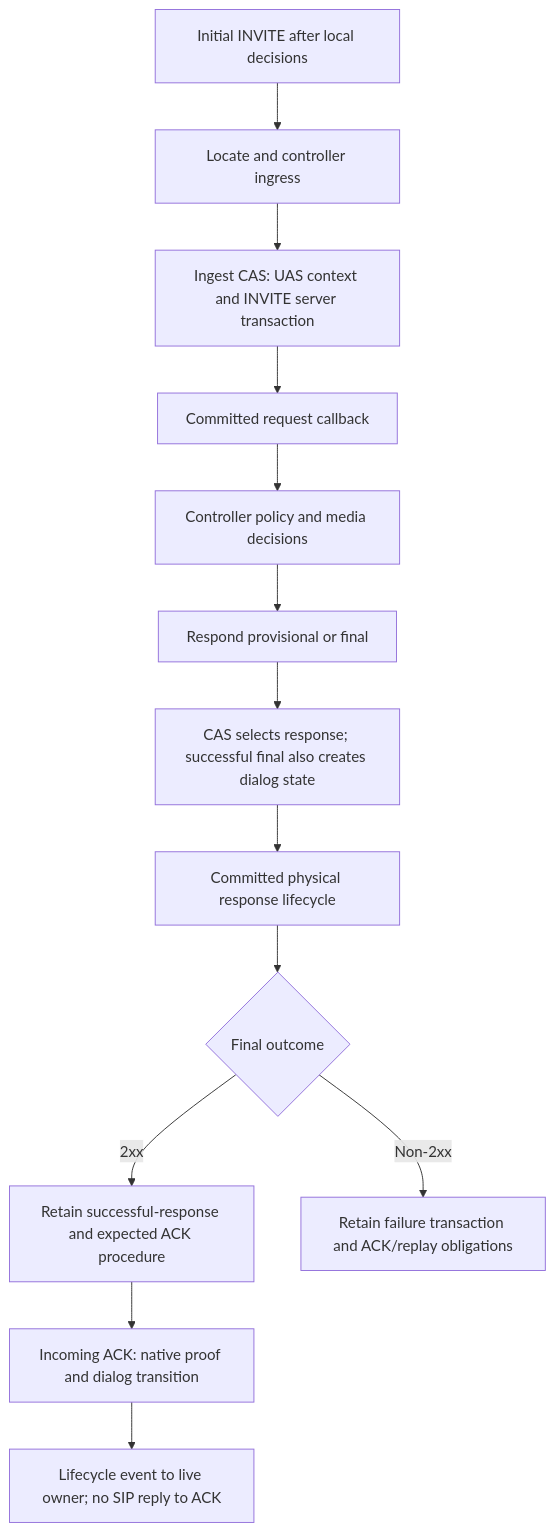
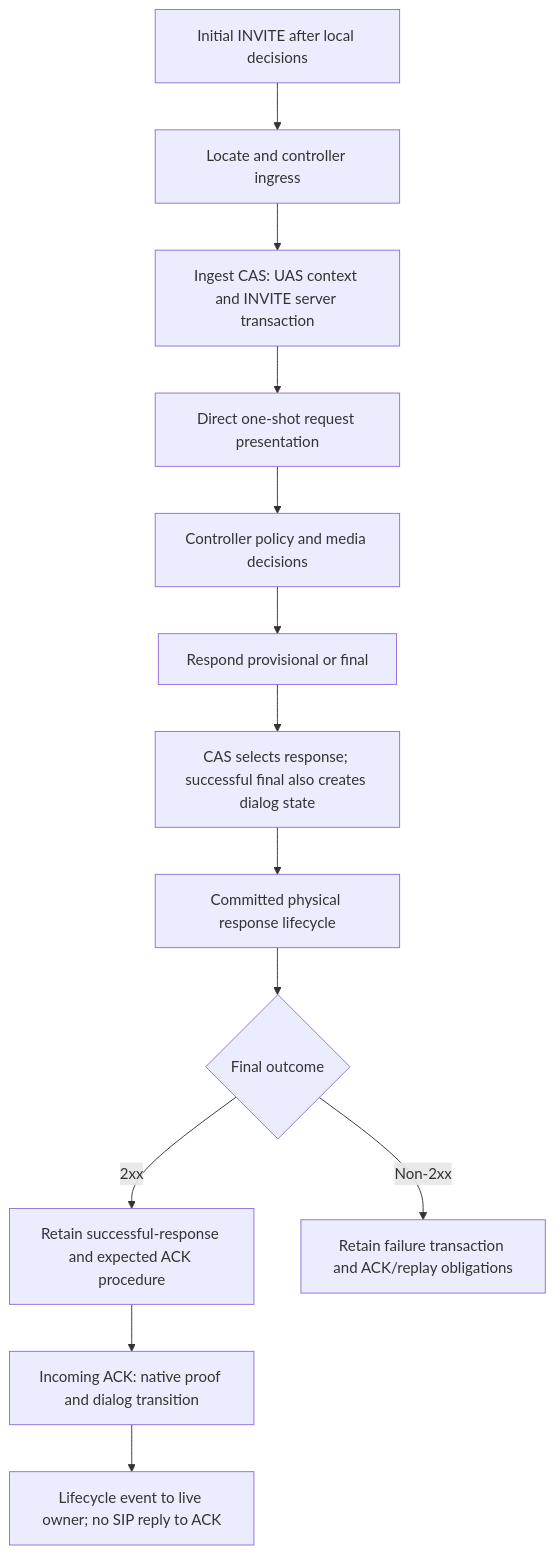
Before and after one commit to zyno-io/sipbridge: the fifth of 10 diagrams in docs/operations/sip.md, drawn with Mermaid. The commit also changed other lines of this file and 30 other files, not shown here.

````diff
--- a/docs/operations/sip.md
+++ b/docs/operations/sip.md
@@ -208,15 +208,15 @@
 ```mermaid
 flowchart TD
     A[Initial INVITE after local decisions] --> B[Locate and controller ingress]
     B --> C[Ingest CAS: UAS context and INVITE server transaction]
-    C --> D[Committed request callback]
+    C --> D[Direct one-shot request presentation]
     D --> E[Controller policy and media decisions]
     E --> F[Respond provisional or final]
     F --> G[CAS selects response; successful final also creates dialog state]
     G --> H[Committed physical response lifecycle]
     H --> I{Final outcome}
     I -- 2xx --> J[Retain successful-response and expected ACK procedure]
     I -- Non-2xx --> K[Retain failure transaction and ACK/replay obligations]
     J --> L[Incoming ACK: native proof and dialog transition]
     L --> M[Lifecycle event to live owner; no SIP reply to ACK]
 ```
````
